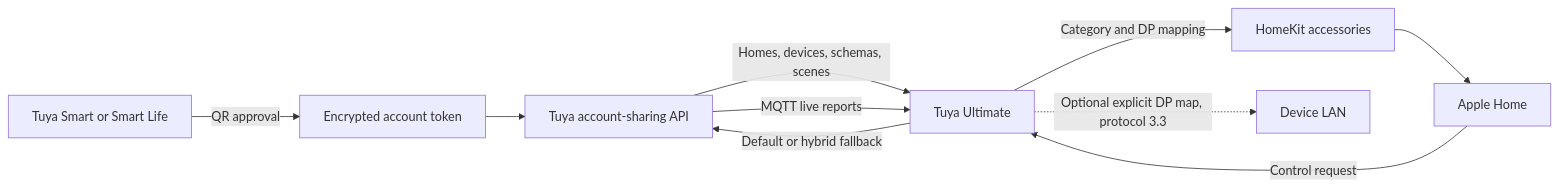
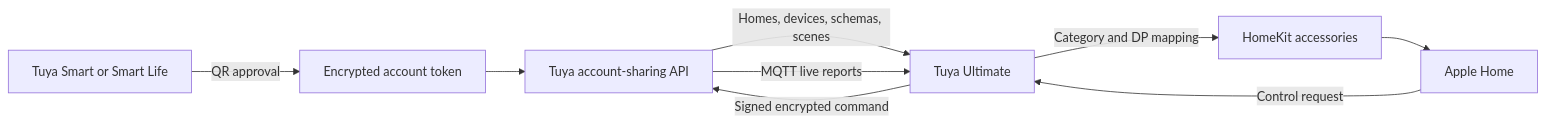
The diagram in README.md (tharunpkarun/homebridge-tuya-ultimate), drawn with Mermaid before and after one commit. The commit also changed other lines of this file and 53 other files, not shown here.

````diff
--- a/README.md
+++ b/README.md
@@ -135,12 +129,11 @@
 ```mermaid
 flowchart LR
   A[Tuya Smart or Smart Life] -->|QR approval| B[Encrypted account token]
   B --> C[Tuya account-sharing API]
   C -->|Homes, devices, schemas, scenes| D[Tuya Ultimate]
   C -->|MQTT live reports| D
   D -->|Category and DP mapping| E[HomeKit accessories]
   E --> F[Apple Home]
   F -->|Control request| D
-  D -->|Default or hybrid fallback| C
-  D -.->|Optional explicit DP map, protocol 3.3| G[Device LAN]
+  D -->|Signed encrypted command| C
 ```
````
